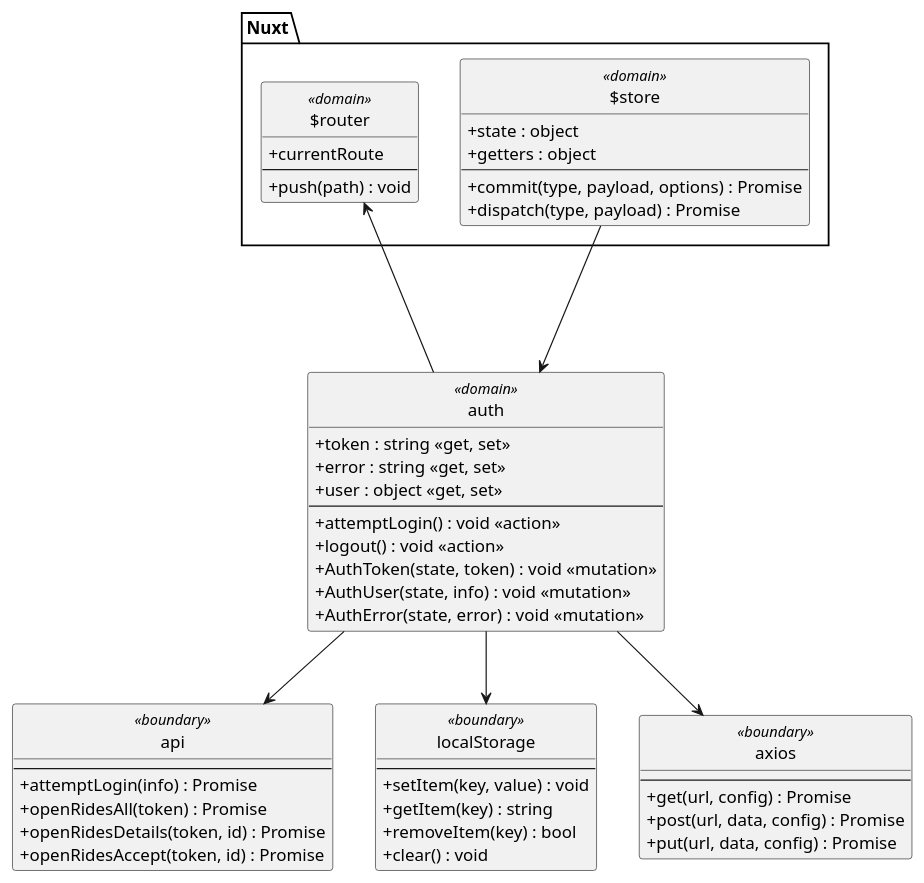
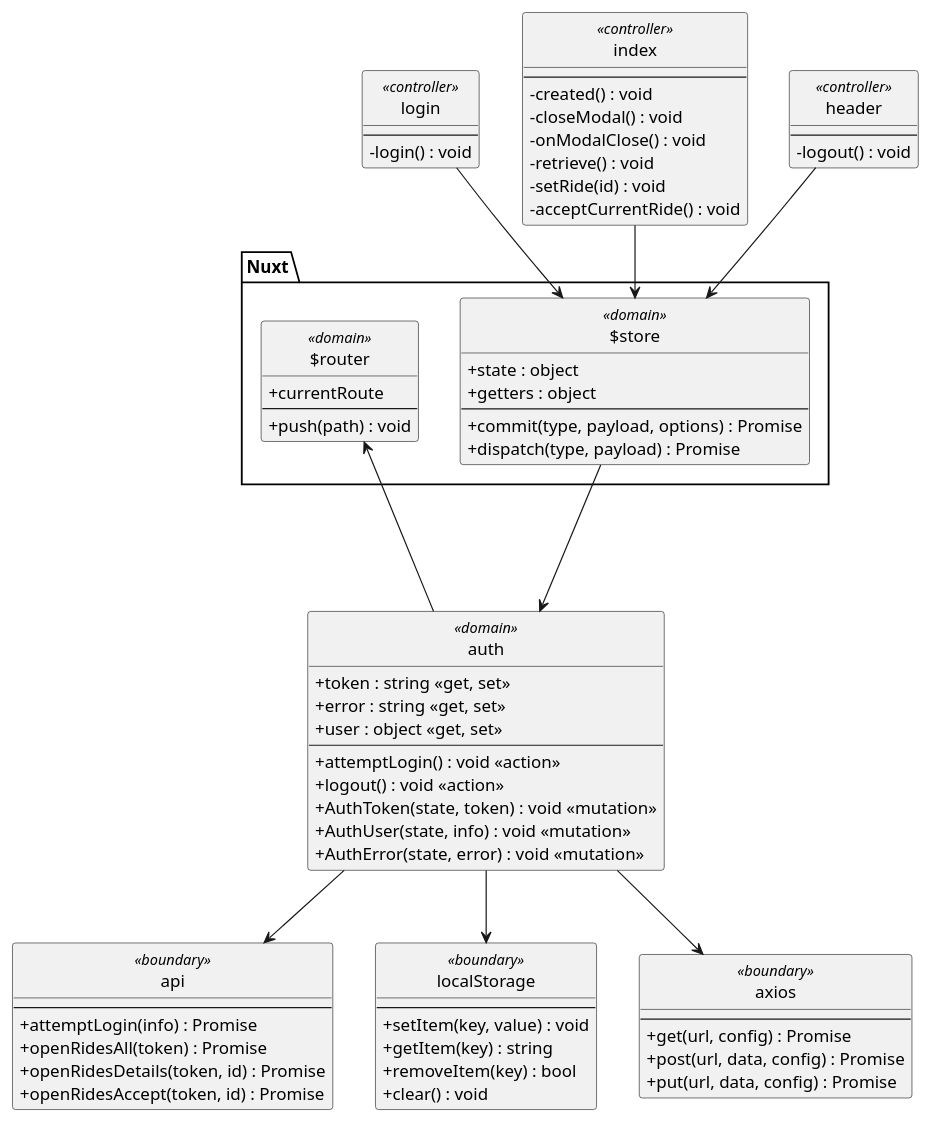
Before and after one commit to Phoenix1355/I4PRJ4-Web: the diagram in docs/class-diagram-main.plantuml, drawn with PlantUML. The commit also changed 2 other files, not shown here.

Commit message:
Small class diagram changes

```diff
--- a/docs/class-diagram-main.plantuml
+++ b/docs/class-diagram-main.plantuml
@@ -1,65 +1,88 @@
 @startuml
 
 skinparam shadowing false
 skinparam classAttributeIconSize 0
 skinparam monochrome true
 skinparam background white
 skinparam style strictuml
 
 package Nuxt {
     class $router <<domain>> {
         + currentRoute
         --
         + push(path) : void
     }
 
     class $store <<domain>> {
         + state : object
         + getters : object
         --
         + commit(type, payload, options) : Promise
         + dispatch(type, payload) : Promise
     }
 }
+
+class login <<controller>> {
+    --
+    - login() : void
+}
+login-->$store
+
+class index <<controller>> {
+    --
+    - created() : void
+    - closeModal() : void
+    - onModalClose() : void
+    - retrieve() : void
+    - setRide(id) : void
+    - acceptCurrentRide() : void
+}
+index-->$store
+
+class header <<controller>> {
+    --
+    - logout() : void
+}
+header-->$store
 
 class auth <<domain>> {
     + token : string <<get, set>>
     + error : string <<get, set>>
     + user : object <<get, set>>
     --
     + attemptLogin() : void <<action>>
     + logout() : void <<action>>
     + AuthToken(state, token) : void <<mutation>>
     + AuthUser(state, info) : void <<mutation>>
     + AuthError(state, error) : void <<mutation>>
 }
 $store ---> auth
 auth --> $router
 
 class api <<boundary>> {
     --
     + attemptLogin(info) : Promise
     + openRidesAll(token) : Promise
     + openRidesDetails(token, id) : Promise
     + openRidesAccept(token, id) : Promise
 }
 auth --> api
 
 class localStorage <<boundary>> {
     --
     + setItem(key, value) : void
     + getItem(key) : string
     + removeItem(key) : bool
     + clear() : void
 }
 auth --> localStorage
 
 class axios <<boundary>> {
     --
     + get(url, config) : Promise
     + post(url, data, config) : Promise
     + put(url, data, config) : Promise
 }
 auth --> axios
 
 @enduml
```
